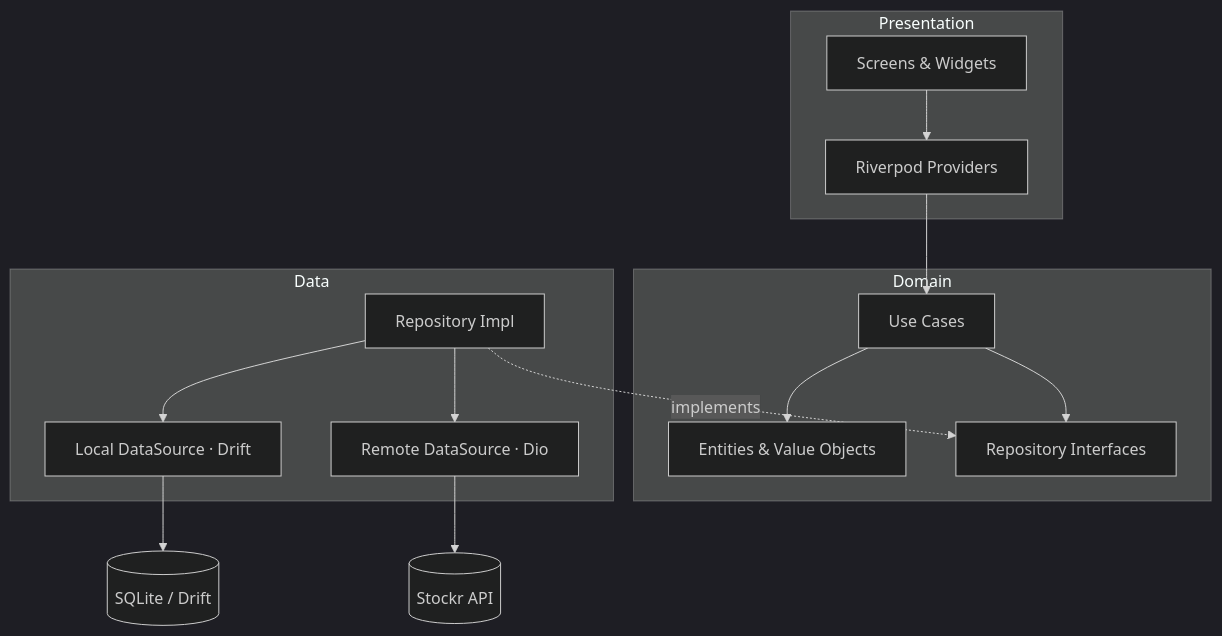
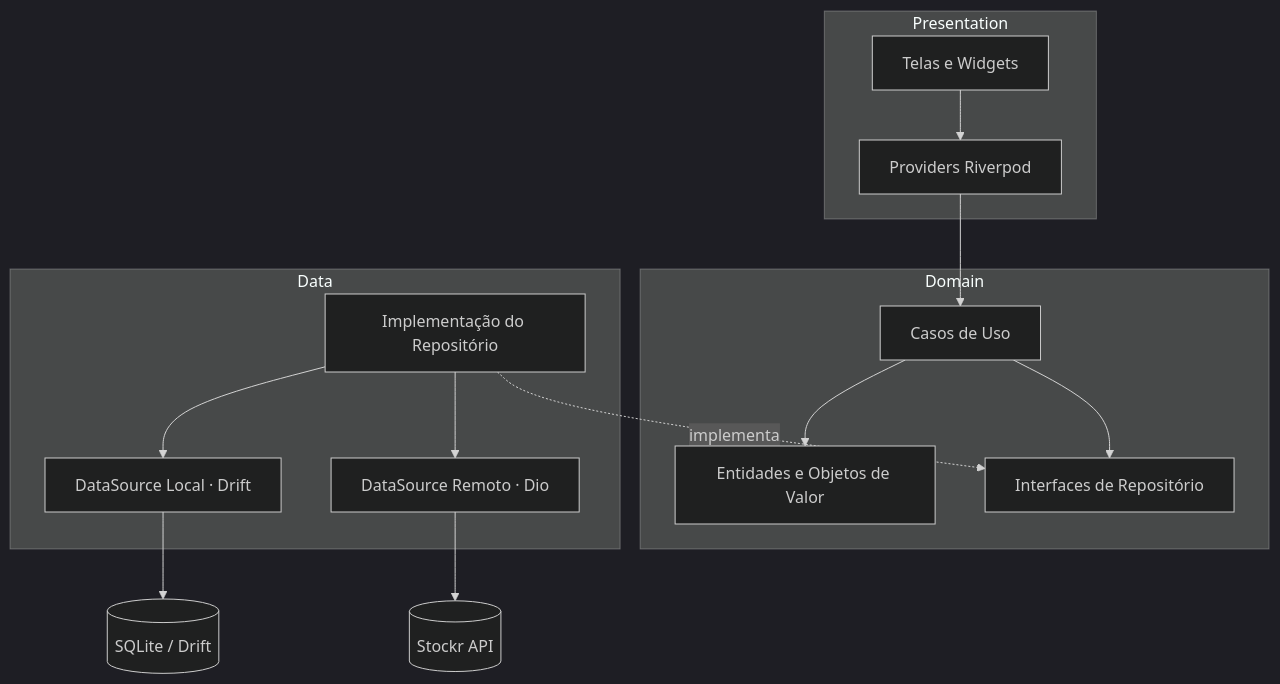
The first of 2 diagrams in README.md (ThQMS/Stockr-app-), drawn with Mermaid (dark theme) before and after one commit. The commit also changed other lines of this file and 6 other files, not shown here.

````diff
--- a/README.md
+++ b/README.md
@@ -81,25 +128,25 @@
 ```mermaid
 flowchart TD
     subgraph Presentation
-        UI[Screens & Widgets]
-        P[Riverpod Providers]
+        UI[Telas e Widgets]
+        P[Providers Riverpod]
     end
     subgraph Domain
-        UC[Use Cases]
-        E[Entities & Value Objects]
-        RI[Repository Interfaces]
+        UC[Casos de Uso]
+        E[Entidades e Objetos de Valor]
+        RI[Interfaces de Repositório]
     end
     subgraph Data
-        RImpl[Repository Impl]
-        LDS[Local DataSource · Drift]
-        RDS[Remote DataSource · Dio]
+        RImpl[Implementação do Repositório]
+        LDS[DataSource Local · Drift]
+        RDS[DataSource Remoto · Dio]
     end
 
     UI --> P --> UC --> RI
     UC --> E
-    RImpl -. implements .-> RI
+    RImpl -. implementa .-> RI
     RImpl --> LDS
     RImpl --> RDS
     RDS --> API[(Stockr API)]
     LDS --> DB[(SQLite / Drift)]
 ```
````
